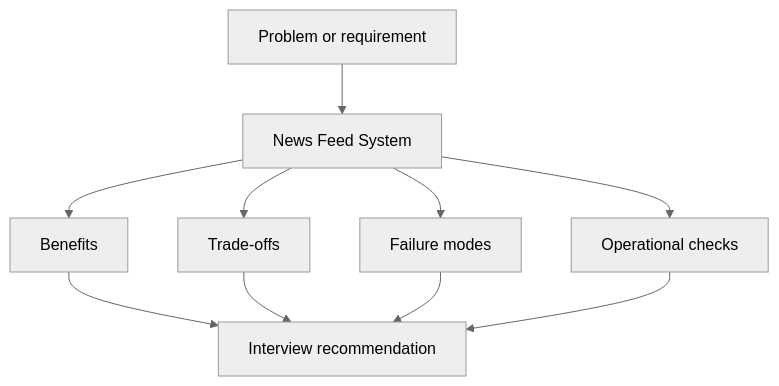
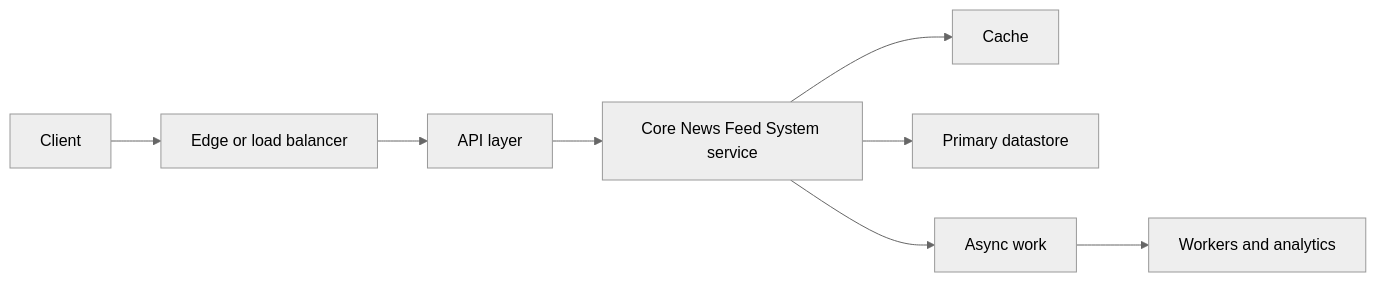
The second of 3 diagrams in case-studies/news-feed/index.md (abstractinterviews/abstractinterviews.github.io), drawn with Mermaid (neutral theme) before and after one commit. The commit also changed other lines of this file and 278 other files, not shown here.

````diff
--- a/case-studies/news-feed/index.md
+++ b/case-studies/news-feed/index.md
@@ -80,12 +72,10 @@
-~~~mermaid
-flowchart TD
-    Problem["Problem or requirement"] --> Concept["News Feed System"]
-    Concept --> Benefits["Benefits"]
-    Concept --> Tradeoffs["Trade-offs"]
-    Concept --> FailureModes["Failure modes"]
-    Concept --> Operations["Operational checks"]
-    Benefits --> Decision["Interview recommendation"]
-    Tradeoffs --> Decision
-    FailureModes --> Decision
-    Operations --> Decision
-~~~
+```mermaid
+flowchart LR
+    Client["Client"] --> Edge["Edge or load balancer"]
+    Edge --> API["API layer"]
+    API --> Core["Core News Feed System service"]
+    Core --> Cache["Cache"]
+    Core --> DB["Primary datastore"]
+    Core --> Queue["Async work"]
+    Queue --> Workers["Workers and analytics"]
+```
````
